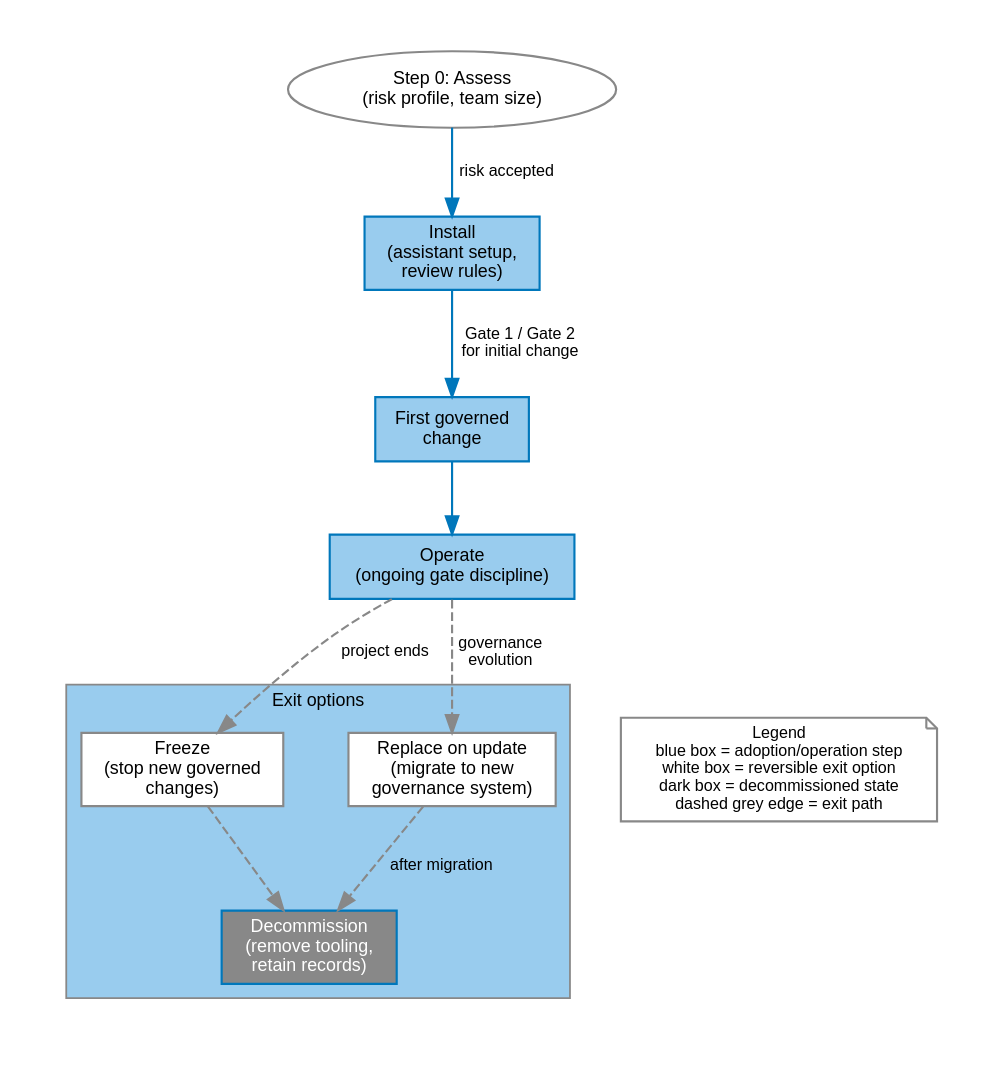
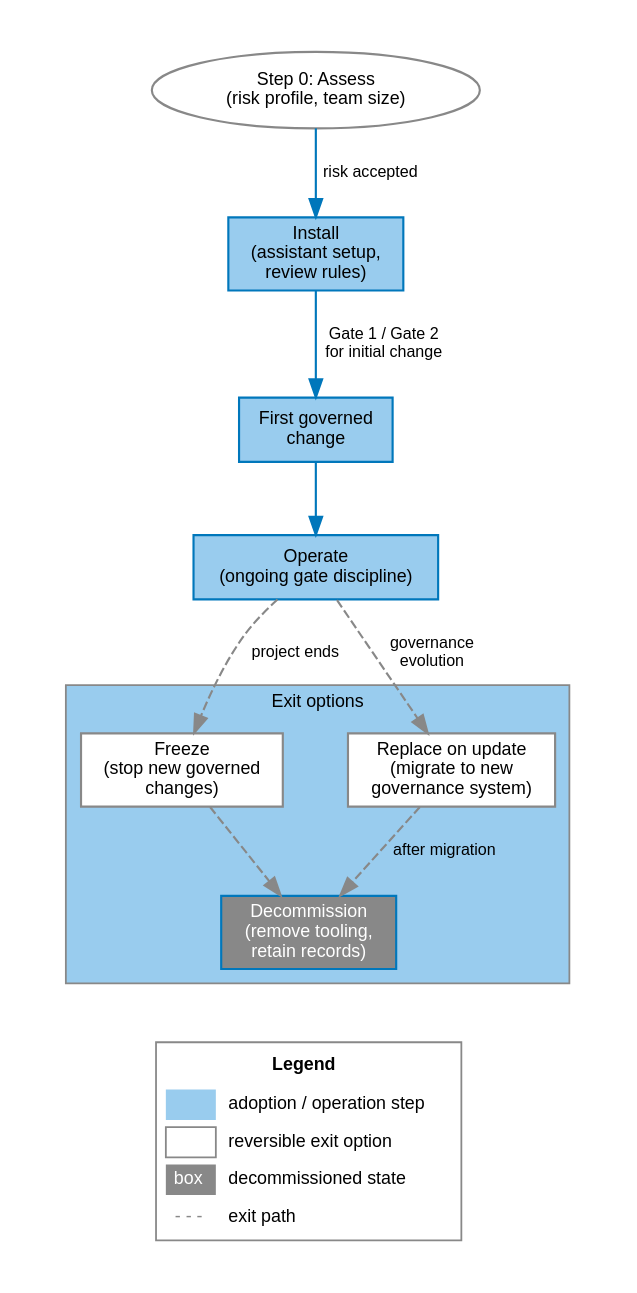
The diagram in agf/docs/figures/src/adoption-exit-flow.dot (janipaijanen/agf-mirror), drawn with Graphviz before and after one commit. The commit also changed 21 other files, not shown here.

Commit message:
docs: use visual keys for figure legends

```diff
--- a/agf/docs/figures/src/adoption-exit-flow.dot
+++ b/agf/docs/figures/src/adoption-exit-flow.dot
@@ -1,46 +1,53 @@
 // SPDX-License-Identifier: CC-BY-SA-4.0
 // agents-govern: adoption impact and exit/decommission flow
 // Generate: dot -Tsvg adoption-exit-flow.dot -o ../adoption-exit-flow.svg
 digraph adoption_exit {
     graph [rankdir=TB, splines=spline, pad=0.3, nodesep=0.5, ranksep=0.55,
            fontname="Helvetica", fontsize=11]
     node  [fontname="Helvetica", fontsize=10, style=filled, shape=box,
            fillcolor="#99CCEE", color="#0077BB", penwidth=1.2]
     edge  [fontname="Helvetica", fontsize=9, color="#0077BB", penwidth=1.2]
 
     assess   [label="Step 0: Assess\n(risk profile, team size)", shape=ellipse,
               fillcolor=white, color="#888888"]
     install  [label="Install\n(assistant setup,\nreview rules)"]
     first    [label="First governed\nchange"]
     operate  [label="Operate\n(ongoing gate discipline)"]
 
     subgraph cluster_exit {
         label="Exit options"
         style=filled
         fillcolor="#99CCEE"
         color="#888888"
         fontname="Helvetica"
         fontsize=10
 
         freeze   [label="Freeze\n(stop new governed\nchanges)", fillcolor=white,
                   color="#888888"]
         replace  [label="Replace on update\n(migrate to new\ngovernance system)",
                   fillcolor=white, color="#888888"]
         decomm   [label="Decommission\n(remove tooling,\nretain records)",
                   fillcolor="#888888", fontcolor=white]
     }
 
     assess   -> install  [label="risk accepted"]
     install  -> first    [label="Gate 1 / Gate 2\nfor initial change"]
     first    -> operate
     operate  -> freeze   [label="project ends", style=dashed, color="#888888"]
     operate  -> replace  [label="governance\nevolution", style=dashed,
                           color="#888888"]
     freeze   -> decomm   [style=dashed, color="#888888"]
     replace  -> decomm   [style=dashed, color="#888888",
                           label="after migration"]
 
-    legend [label="Legend\nblue box = adoption/operation step\nwhite box = reversible exit option\ndark box = decommissioned state\ndashed grey edge = exit path",
-            shape=note, fillcolor=white, color="#888888", fontsize=9]
-    operate -> legend [style=invis]
+    legend [shape=plain, label=<
+        <TABLE BORDER="1" CELLBORDER="0" CELLSPACING="4" CELLPADDING="3" COLOR="#888888" BGCOLOR="white">
+            <TR><TD COLSPAN="2"><B>Legend</B></TD></TR>
+            <TR><TD BGCOLOR="#99CCEE" WIDTH="28"></TD><TD ALIGN="LEFT">adoption / operation step</TD></TR>
+            <TR><TD BORDER="1" COLOR="#888888" WIDTH="28"></TD><TD ALIGN="LEFT">reversible exit option</TD></TR>
+            <TR><TD BGCOLOR="#888888" WIDTH="28"><FONT COLOR="white">box</FONT></TD><TD ALIGN="LEFT">decommissioned state</TD></TR>
+            <TR><TD><FONT COLOR="#888888">- - -</FONT></TD><TD ALIGN="LEFT">exit path</TD></TR>
+        </TABLE>
+    >]
+    decomm -> legend [style=invis]
 }
```
